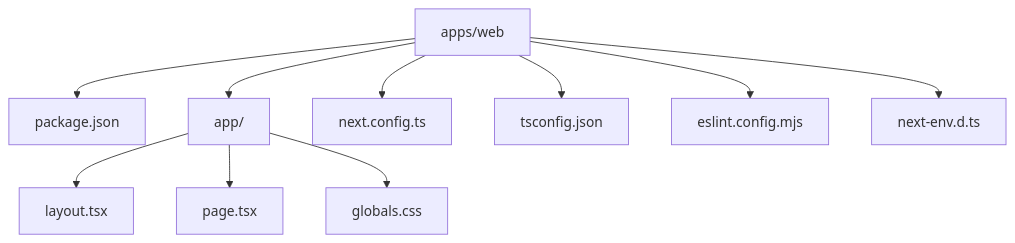
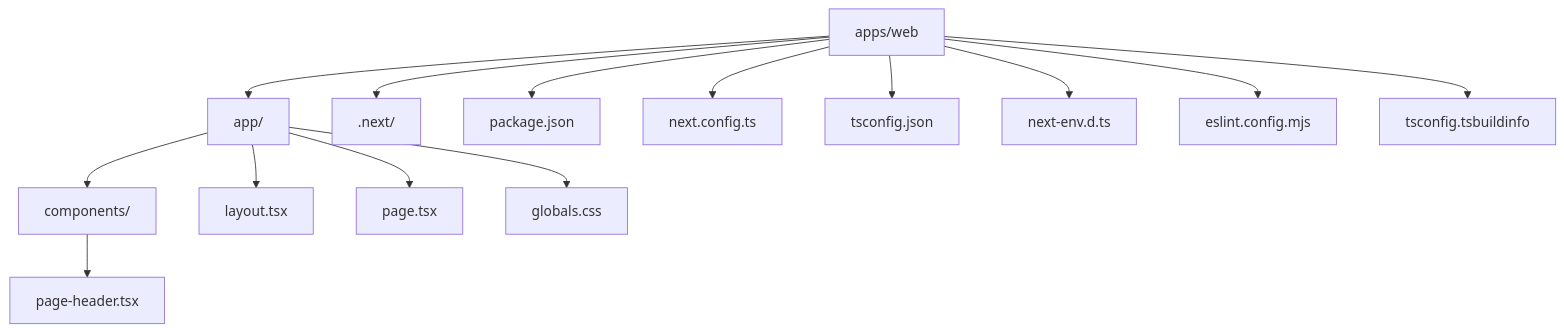
The diagram in docs/web/files.md (matthewlovestocode/designated), drawn with Mermaid before and after one commit. The commit also changed other lines of this file and 4 other files, not shown here.

Commit message:
Expand web app documentation

````diff
--- a/docs/web/files.md
+++ b/docs/web/files.md
@@ -7,12 +11,16 @@
 ```mermaid
 flowchart TD
-    A["apps/web"] --> B["package.json"]
-    A --> C["app/"]
-    A --> D["next.config.ts"]
-    A --> E["tsconfig.json"]
-    A --> F["eslint.config.mjs"]
+    A["apps/web"] --> B["app/"]
+    A --> C[".next/"]
+    A --> D["package.json"]
+    A --> E["next.config.ts"]
+    A --> F["tsconfig.json"]
     A --> G["next-env.d.ts"]
-    C --> H["layout.tsx"]
-    C --> I["page.tsx"]
-    C --> J["globals.css"]
+    A --> H["eslint.config.mjs"]
+    A --> I["tsconfig.tsbuildinfo"]
+    B --> J["components/"]
+    B --> K["layout.tsx"]
+    B --> L["page.tsx"]
+    B --> M["globals.css"]
+    J --> N["page-header.tsx"]
 ```
````
